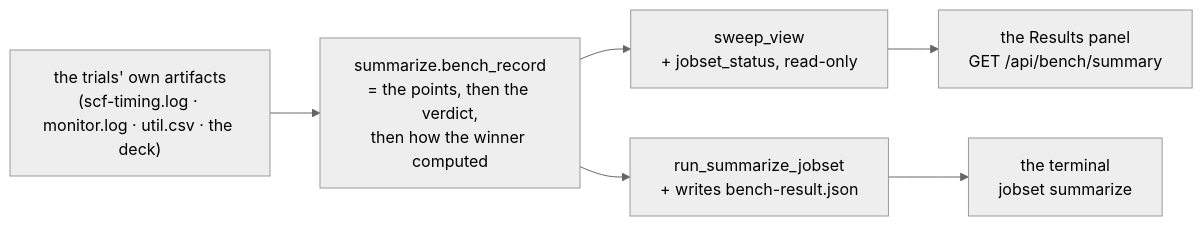
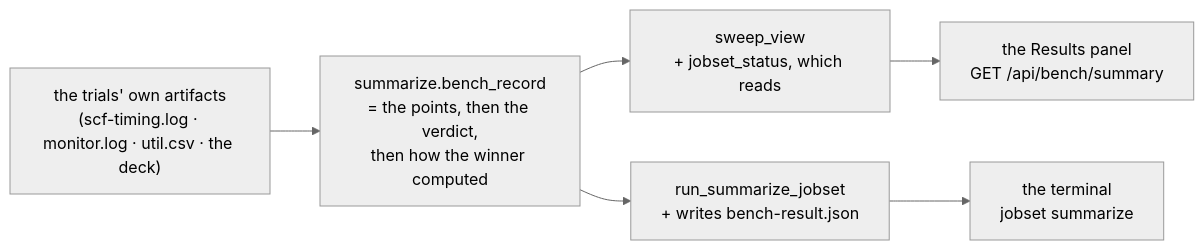
Before and after one commit to Qing-LAB/molbuilder: the tenth of 13 diagrams in docs/execution/job-system.md, drawn with Mermaid (neutral theme). The commit also changed other lines of this file and 63 other files, not shown here.

````diff
--- a/docs/execution/job-system.md
+++ b/docs/execution/job-system.md
@@ -2427,12 +2427,12 @@
 ```mermaid
 flowchart LR
     A["the trials' own artifacts<br/>(scf-timing.log · monitor.log · util.csv · the deck)"]
     C["summarize.bench_record<br/>= the points, then the verdict,<br/>then how the winner computed"]
-    V["sweep_view<br/>+ jobset_status, read-only"]
+    V["sweep_view<br/>+ jobset_status, which reads"]
     R["run_summarize_jobset<br/>+ writes bench-result.json"]
     W["the Results panel<br/>GET /api/bench/summary"]
     T["the terminal<br/>jobset summarize"]
     A --> C
     C --> V --> W
     C --> R --> T
 ```
````
